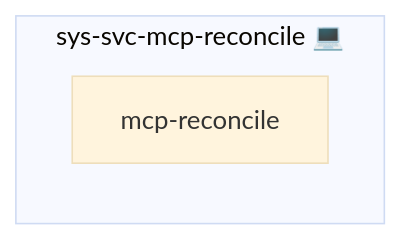
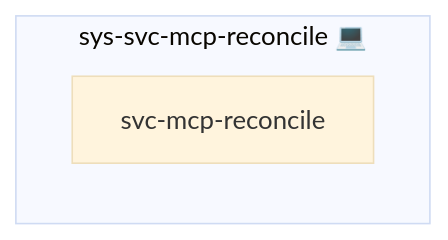
Before and after one commit to infinito-nexus/core: the diagram in roles/sys-svc-mcp-reconcile/README.md, drawn with Mermaid (base theme). The commit also changed other lines of this file and 4 other files, not shown here.

````diff
--- a/roles/sys-svc-mcp-reconcile/README.md
+++ b/roles/sys-svc-mcp-reconcile/README.md
@@ -15,6 +15,6 @@
 ```mermaid
 flowchart LR
     subgraph role [sys-svc-mcp-reconcile 💻]
-        svc_mcp_reconcile["mcp-reconcile"]
+        svc_svc_mcp_reconcile["svc-mcp-reconcile"]
     end
 ```
````
